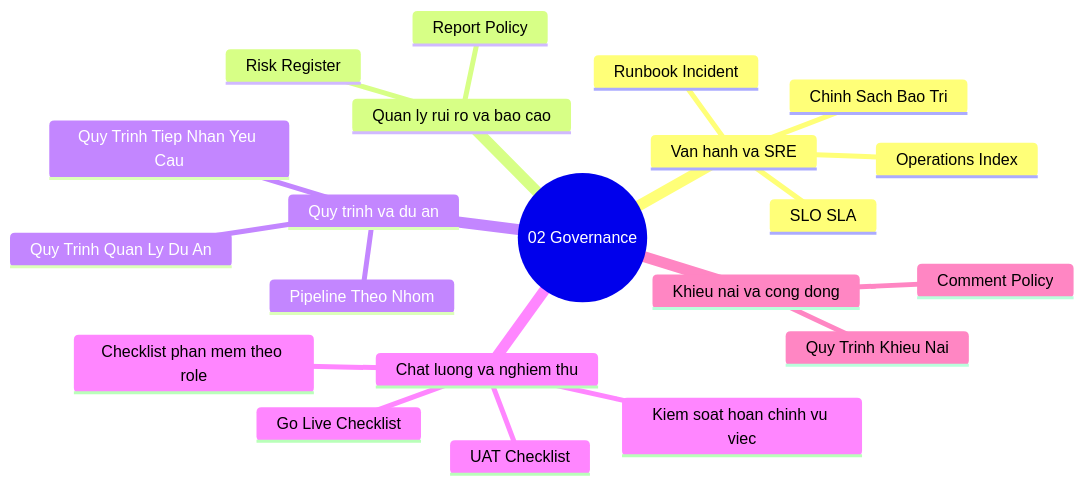
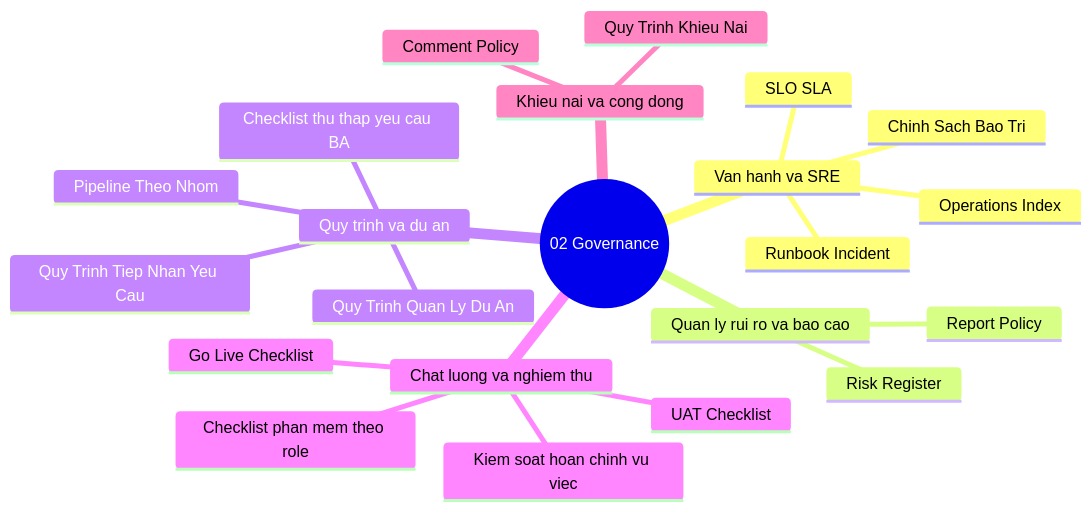
Before and after one commit to vntayemm/demo-chatbot: the diagram in docs/content/02-governance/index.md, drawn with Mermaid. The commit also changed other lines of this file and 16 other files, not shown here.

````diff
--- a/docs/content/02-governance/index.md
+++ b/docs/content/02-governance/index.md
@@ -28,24 +29,25 @@
 ```mermaid
 mindmap
   root((02 Governance))
     Van hanh va SRE
       Operations Index
       SLO SLA
       Runbook Incident
       Chinh Sach Bao Tri
     Quan ly rui ro va bao cao
       Risk Register
       Report Policy
     Quy trinh va du an
       Quy Trinh Quan Ly Du An
       Pipeline Theo Nhom
       Quy Trinh Tiep Nhan Yeu Cau
+      Checklist thu thap yeu cau BA
     Chat luong va nghiem thu
       UAT Checklist
       Go Live Checklist
       Checklist phan mem theo role
       Kiem soat hoan chinh vu viec
     Khieu nai va cong dong
       Quy Trinh Khieu Nai
       Comment Policy
 ```
````
